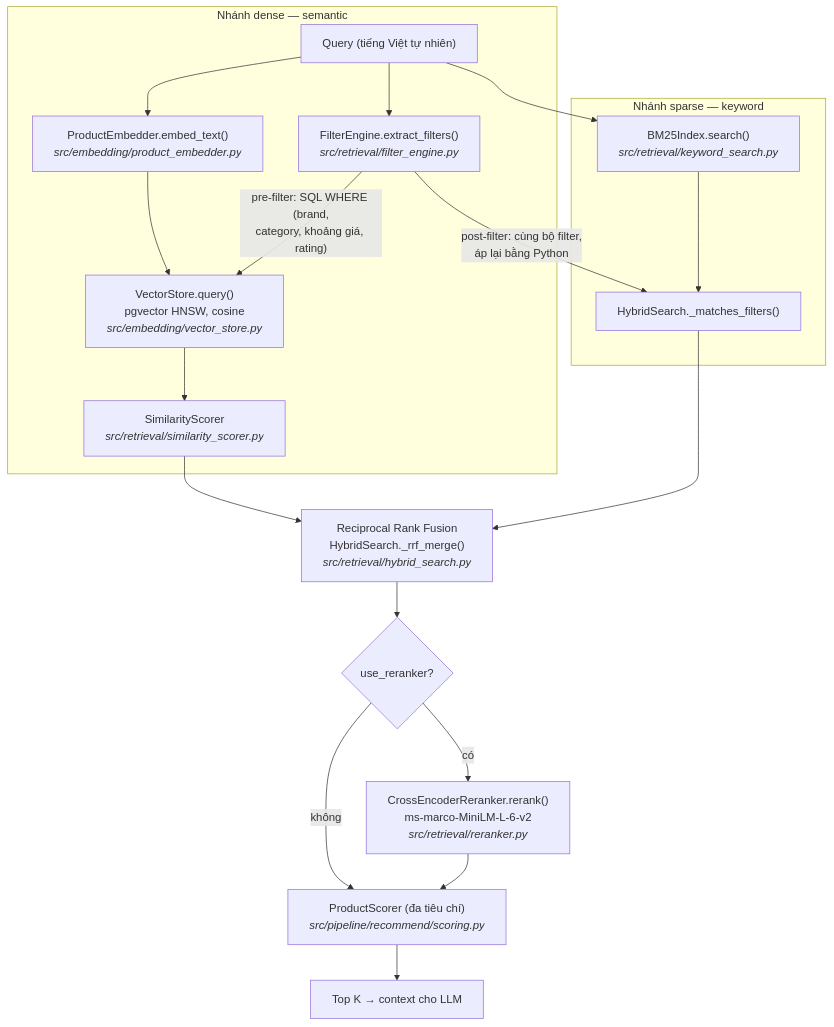
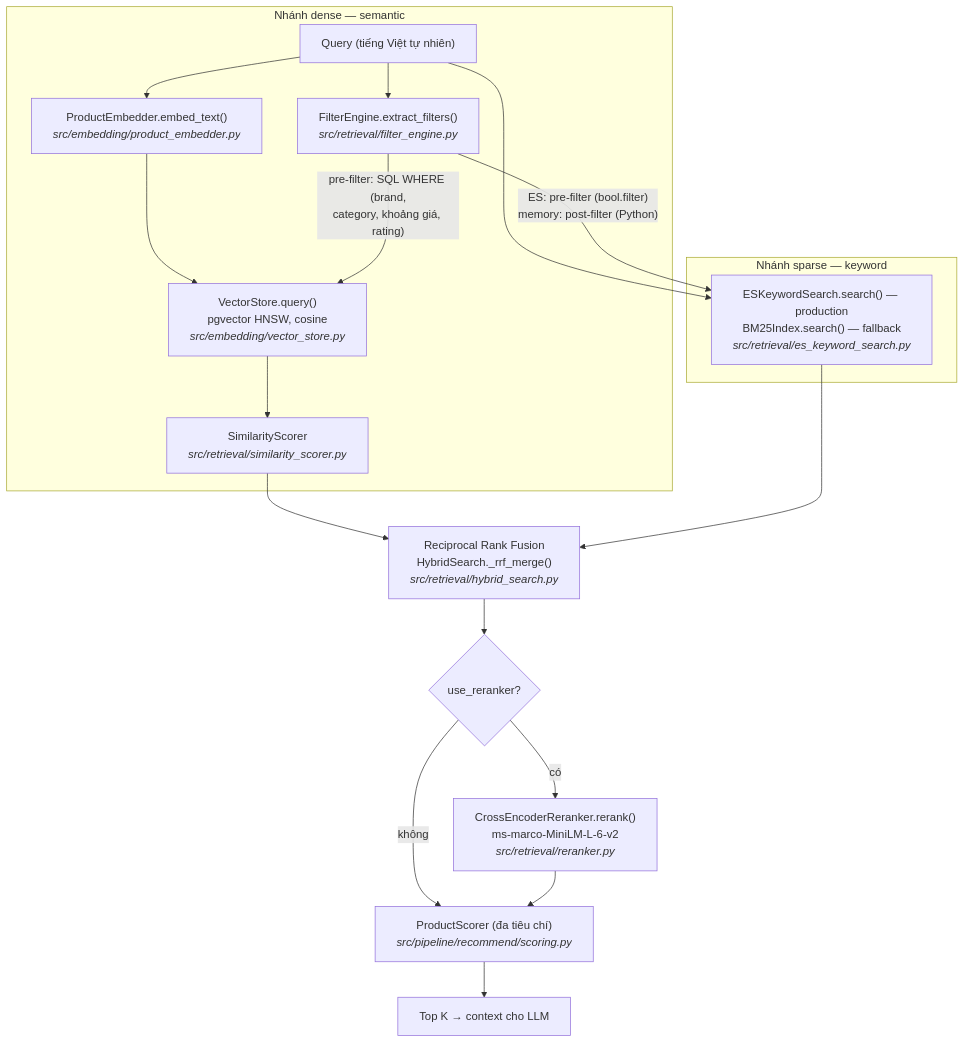
The first of 2 diagrams in docs/architecture/hybrid-retrieval.vi.md (nxhawk/techscout-rag-recommend), drawn with Mermaid before and after one commit. The commit also changed other lines of this file and 40 other files, not shown here.

````diff
--- a/docs/architecture/hybrid-retrieval.vi.md
+++ b/docs/architecture/hybrid-retrieval.vi.md
@@ -10,26 +13,25 @@
 ```mermaid
 flowchart TB
     Q["Query (tiếng Việt tự nhiên)"] --> FE["FilterEngine.extract_filters()<br/><i>src/retrieval/filter_engine.py</i>"]
 
     subgraph Dense["Nhánh dense — semantic"]
         Q --> EMB["ProductEmbedder.embed_text()<br/><i>src/embedding/product_embedder.py</i>"]
         EMB --> VS["VectorStore.query()<br/>pgvector HNSW, cosine<br/><i>src/embedding/vector_store.py</i>"]
         FE -->|"pre-filter: SQL WHERE (brand,<br/>category, khoảng giá, rating)"| VS
         VS --> SS["SimilarityScorer<br/><i>src/retrieval/similarity_scorer.py</i>"]
     end
 
     subgraph Sparse["Nhánh sparse — keyword"]
-        Q --> BM25["BM25Index.search()<br/><i>src/retrieval/keyword_search.py</i>"]
-        FE -->|"post-filter: cùng bộ filter,<br/>áp lại bằng Python"| PF["HybridSearch._matches_filters()"]
-        BM25 --> PF
+        Q --> KW["ESKeywordSearch.search() — production<br/>BM25Index.search() — fallback<br/><i>src/retrieval/es_keyword_search.py</i>"]
+        FE -->|"ES: pre-filter (bool.filter)<br/>memory: post-filter (Python)"| KW
     end
 
     SS --> RRF["Reciprocal Rank Fusion<br/>HybridSearch._rrf_merge()<br/><i>src/retrieval/hybrid_search.py</i>"]
-    PF --> RRF
+    KW --> RRF
 
     RRF --> RER{"use_reranker?"}
     RER -->|có| CE["CrossEncoderReranker.rerank()<br/>ms-marco-MiniLM-L-6-v2<br/><i>src/retrieval/reranker.py</i>"]
     RER -->|không| PS
     CE --> PS["ProductScorer (đa tiêu chí)<br/><i>src/pipeline/recommend/scoring.py</i>"]
     PS --> TOP["Top K → context cho LLM"]
 ```
````
